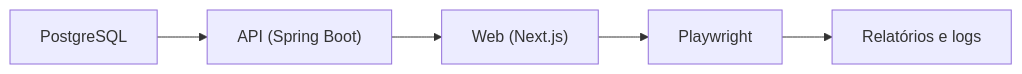
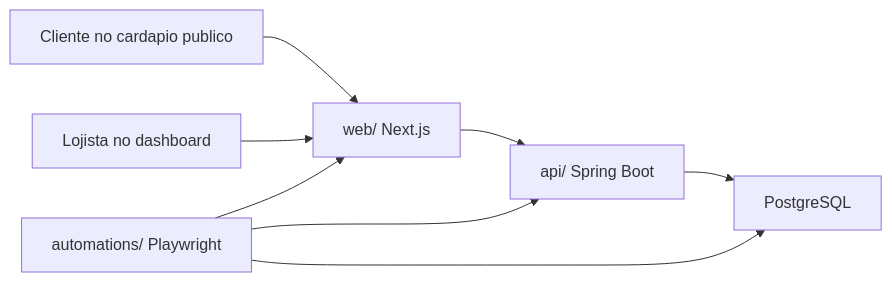
The diagram in README.md (rafaeldiasgarcia/meveum), drawn with Mermaid before and after one commit. The commit also changed other lines of this file and 5 other files, not shown here.

````diff
--- a/README.md
+++ b/README.md
@@ -359,7 +17,10 @@
 ```mermaid
 flowchart LR
-    A["PostgreSQL"] --> B["API (Spring Boot)"]
-    B --> C["Web (Next.js)"]
-    C --> D["Playwright"]
-    D --> E["Relatórios e logs"]
+    Cliente["Cliente no cardapio publico"] --> Web["web/ Next.js"]
+    Lojista["Lojista no dashboard"] --> Web
+    Web --> Api["api/ Spring Boot"]
+    Api --> Db["PostgreSQL"]
+    Automations["automations/ Playwright"] --> Web
+    Automations --> Api
+    Automations --> Db
 ```
````
